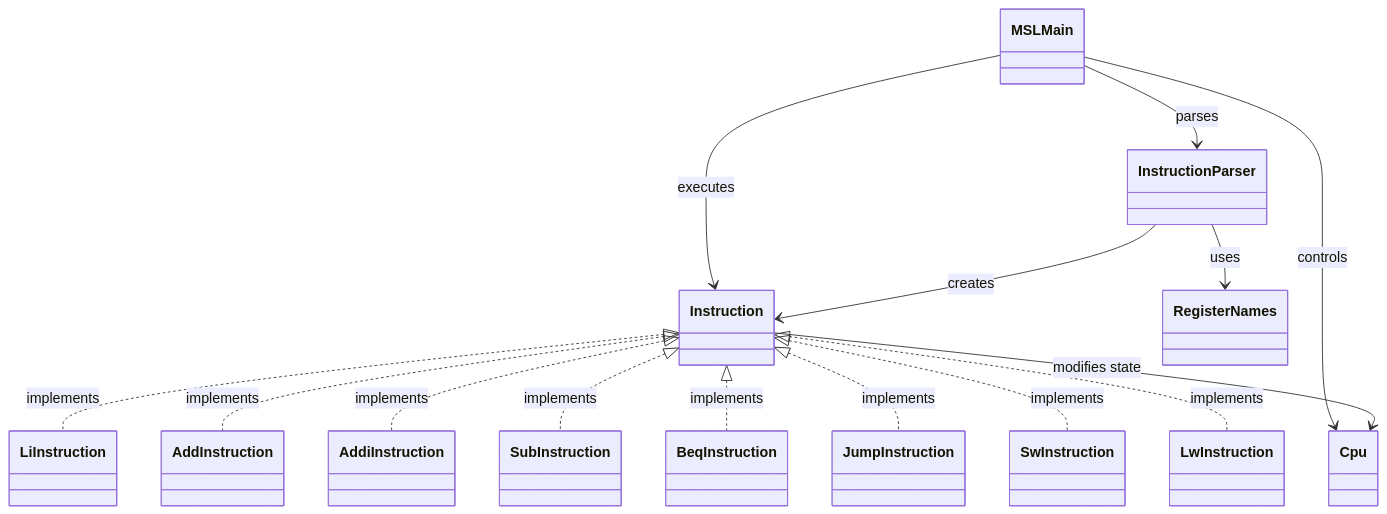
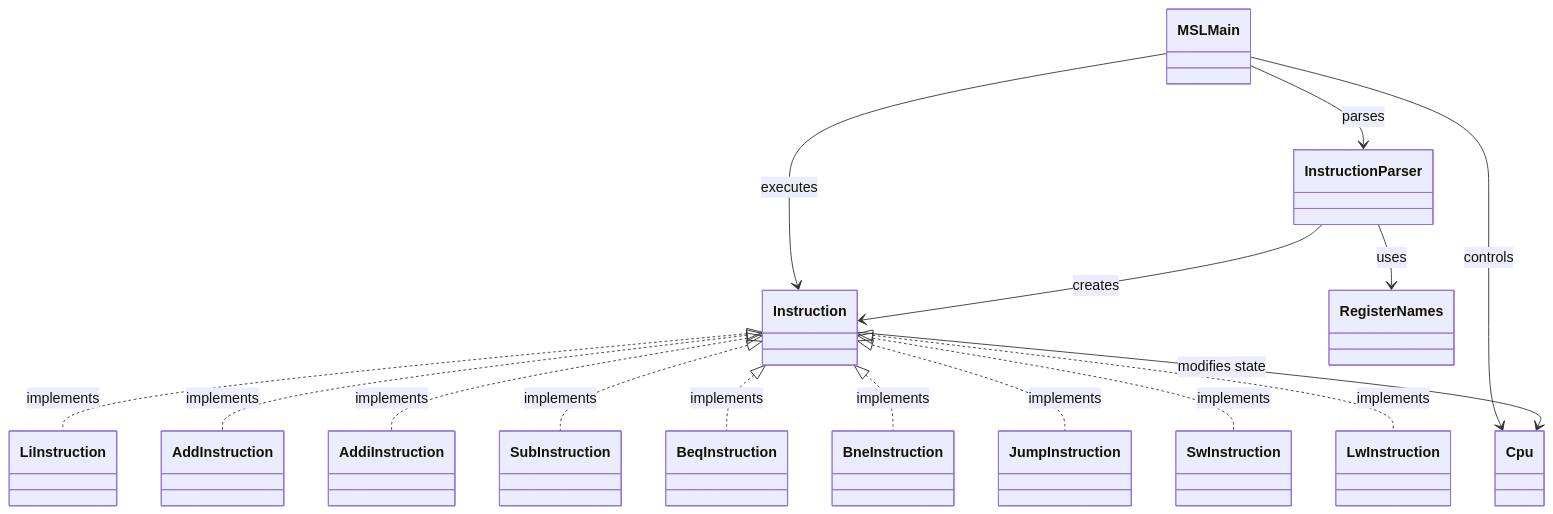
The diagram in README.md (mkunori/MipsStepLab), drawn with Mermaid before and after one commit. The commit also changed other lines of this file and 3 other files, not shown here.

````diff
--- a/README.md
+++ b/README.md
@@ -67,31 +68,33 @@
 ```mermaid
 classDiagram
   class MSLMain
   class Cpu
   class Instruction
   class LiInstruction
   class AddInstruction
   class AddiInstruction
   class SubInstruction
   class BeqInstruction
+  class BneInstruction
   class JumpInstruction
   class SwInstruction
   class LwInstruction
 
   Instruction <|.. LiInstruction : implements
   Instruction <|.. AddInstruction : implements
   Instruction <|.. AddiInstruction : implements
   Instruction <|.. SubInstruction : implements
   Instruction <|.. BeqInstruction : implements
+  Instruction <|.. BneInstruction : implements
   Instruction <|.. JumpInstruction : implements
   Instruction <|.. SwInstruction : implements
   Instruction <|.. LwInstruction : implements
 
   MSLMain --> InstructionParser : parses
   MSLMain --> Cpu : controls
   MSLMain --> Instruction : executes
 
   Instruction --> Cpu : modifies state
   InstructionParser --> Instruction : creates
   InstructionParser --> RegisterNames : uses
 ```
````
